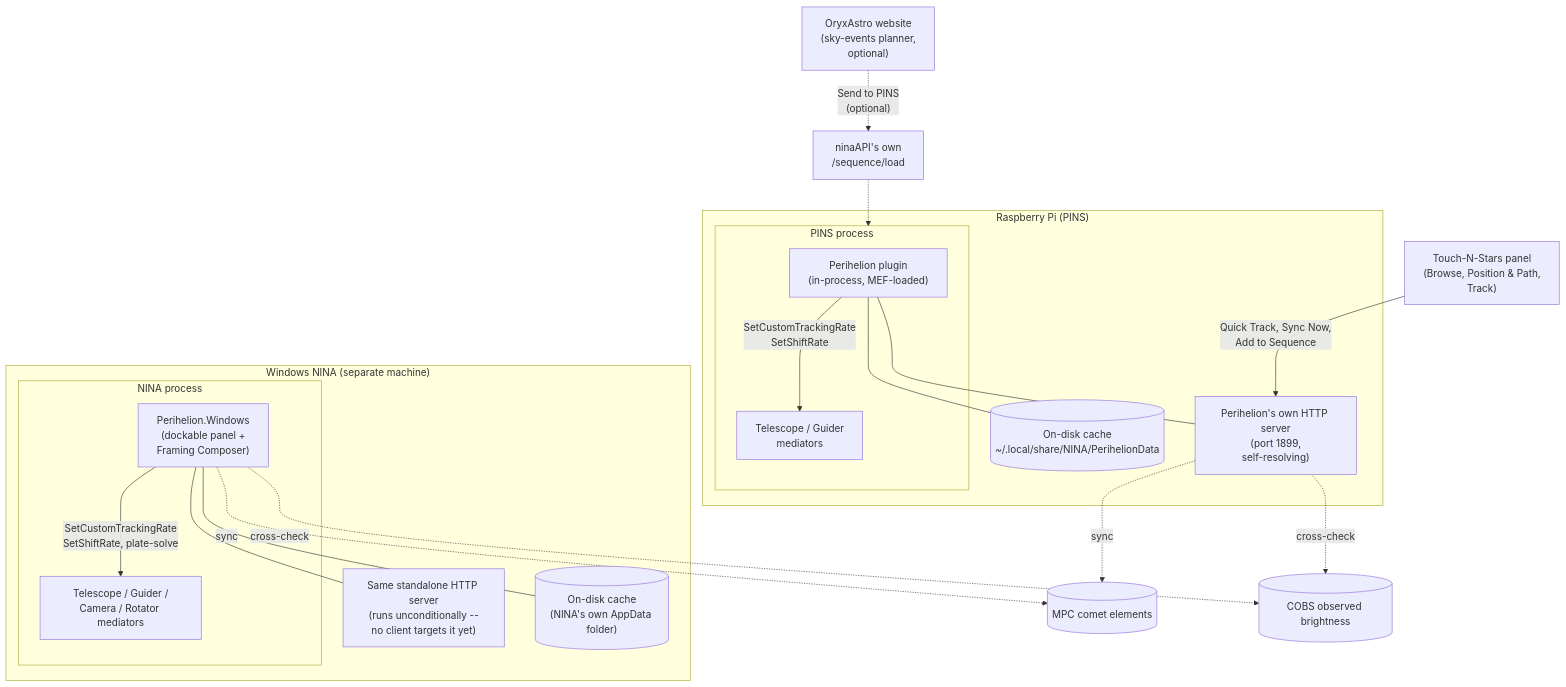
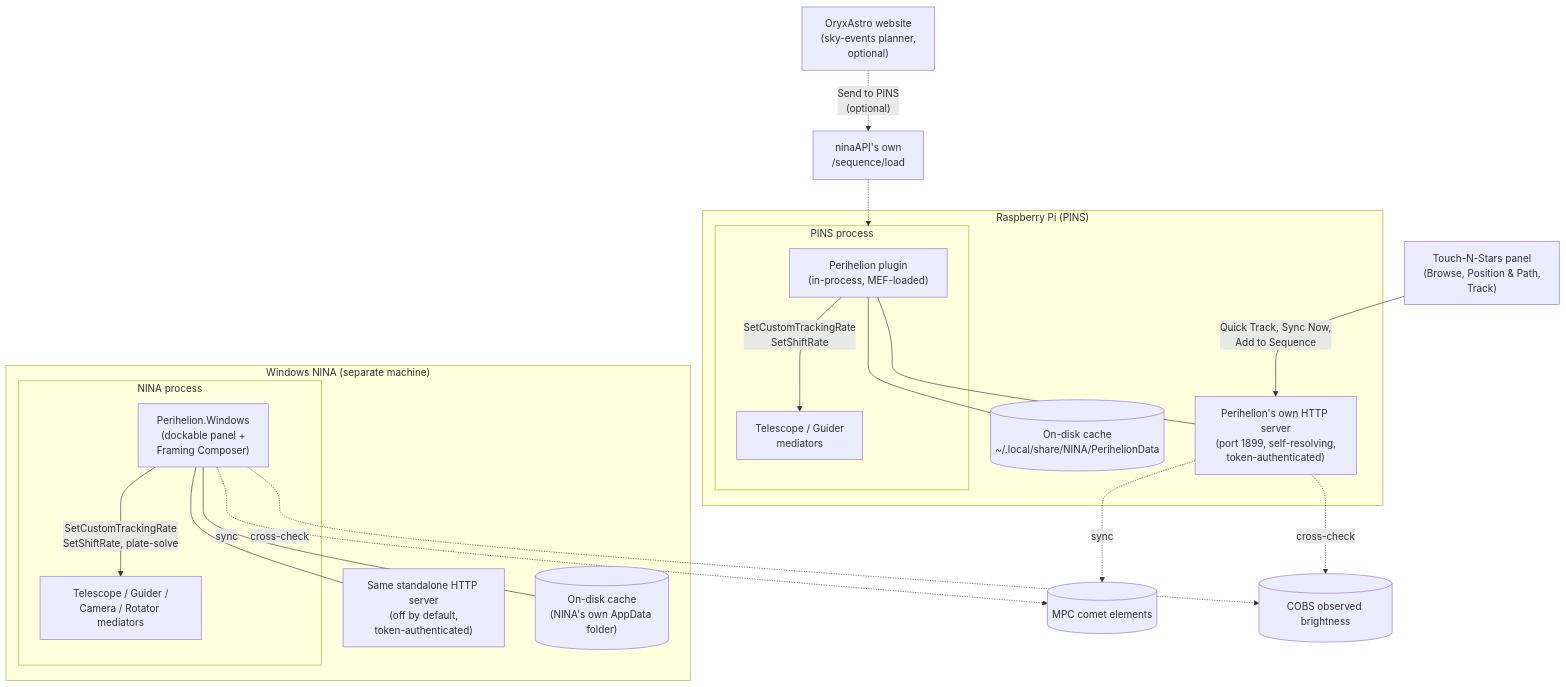
The diagram in README.md (OryxAstro/perihelion), drawn with Mermaid before and after one commit. The commit also changed other lines of this file, not shown here.

First line of the commit message:
Update README for the meridian fix, API auth, and 1.1.0.13

````diff
--- a/README.md
+++ b/README.md
@@ -72,41 +73,41 @@
 ```mermaid
 flowchart TB
     subgraph pi["Raspberry Pi (PINS)"]
         subgraph nina["PINS process"]
             plugin["Perihelion plugin<br/>(in-process, MEF-loaded)"]
             mediator["Telescope / Guider<br/>mediators"]
             plugin -->|SetCustomTrackingRate<br/>SetShiftRate| mediator
         end
-        api["Perihelion's own HTTP server<br/>(port 1899,<br/>self-resolving)"]
+        api["Perihelion's own HTTP server<br/>(port 1899, self-resolving,<br/>token-authenticated)"]
         cache[("On-disk cache<br/>~/.local/share/NINA/PerihelionData")]
         plugin --- api
         plugin --- cache
     end
 
     tns["Touch-N-Stars panel<br/>(Browse, Position & Path,<br/>Track)"]
     tns -->|Quick Track, Sync Now,<br/>Add to Sequence| api
 
     subgraph win["Windows NINA (separate machine)"]
         subgraph winproc["NINA process"]
             winplugin["Perihelion.Windows<br/>(dockable panel +<br/>Framing Composer)"]
             winmediator["Telescope / Guider /<br/>Camera / Rotator mediators"]
             winplugin -->|SetCustomTrackingRate<br/>SetShiftRate, plate-solve| winmediator
         end
-        winapi["Same standalone HTTP server<br/>(runs unconditionally --<br/>no client targets it yet)"]
+        winapi["Same standalone HTTP server<br/>(off by default,<br/>token-authenticated)"]
         wincache[("On-disk cache<br/>(NINA's own AppData folder)")]
         winplugin --- winapi
         winplugin --- wincache
     end
 
     mpc[("MPC comet elements")]
     cobs[("COBS observed brightness")]
     api -.sync.-> mpc
     api -.cross-check.-> cobs
     winplugin -.sync.-> mpc
     winplugin -.cross-check.-> cobs
 
     website["OryxAstro website<br/>(sky-events planner,<br/>optional)"]
     ninaapi["ninaAPI's own<br/>/sequence/load"]
     website -.->|"Send to PINS<br/>(optional)"| ninaapi
     ninaapi -.-> nina
 ```
````
